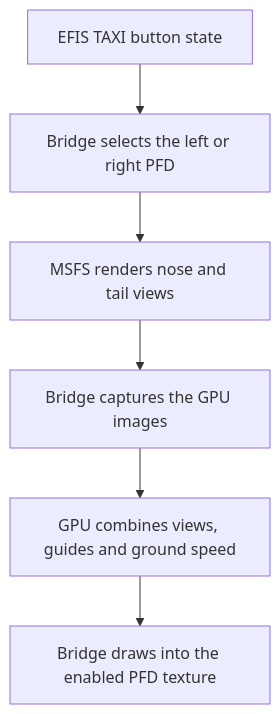
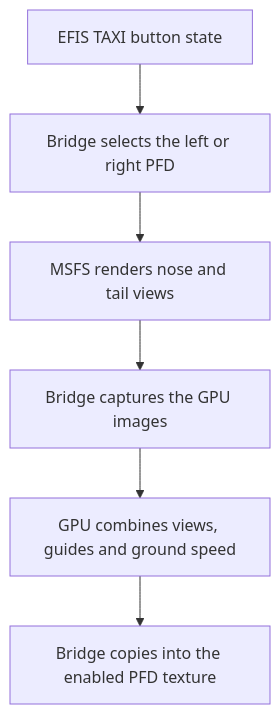
One commit to rthoms334/taxi-cam changed the diagram in docs/architecture.md. Above: the diagram before and after it, drawn with Mermaid. The commit also changed other lines of this file and 24 other files, not shown here.

```diff
--- a/docs/architecture.md
+++ b/docs/architecture.md
@@ -11,8 +11,8 @@
 ~~~mermaid
 flowchart TD
     Button["EFIS TAXI button state"] --> Control["Bridge selects the left or right PFD"]
     Control --> Cameras["MSFS renders nose and tail views"]
     Cameras --> Capture["Bridge captures the GPU images"]
     Capture --> Combine["GPU combines views, guides and ground speed"]
-    Combine --> Display["Bridge draws into the enabled PFD texture"]
+    Combine --> Display["Bridge copies into the enabled PFD texture"]
 ~~~
```
